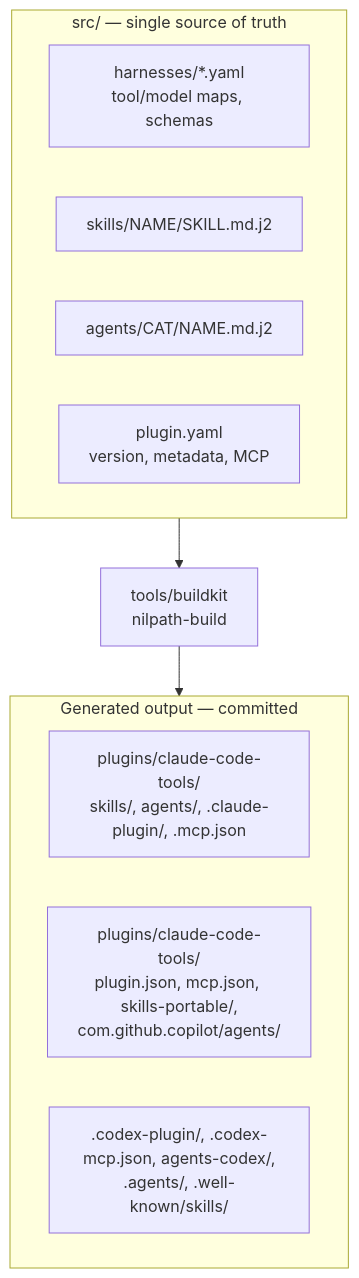
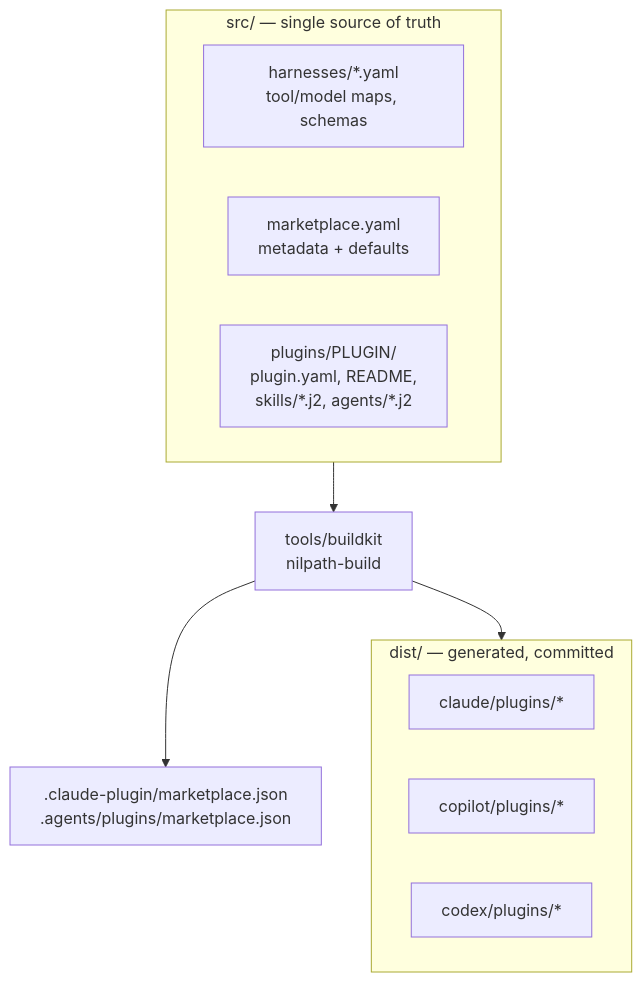
Before and after one commit to nilpath/nilpath-marketplace: the diagram in CLAUDE.md, drawn with Mermaid. The commit also changed other lines of this file and 442 other files, not shown here.

First line of the commit message:
refactor: src/dist separation, 4-plugin split, drop .well-known (0.8.0)

````diff
--- a/CLAUDE.md
+++ b/CLAUDE.md
@@ -16,19 +16,21 @@
 ```mermaid
 flowchart TD
     subgraph SRC[src/ — single source of truth]
         HARNESS[harnesses/*.yaml<br/>tool/model maps, schemas]
-        SKILLS[skills/NAME/SKILL.md.j2]
-        AGENTS[agents/CAT/NAME.md.j2]
-        META[plugin.yaml<br/>version, metadata, MCP]
+        MKT[marketplace.yaml<br/>metadata + defaults]
+        PLUGINS[plugins/PLUGIN/<br/>plugin.yaml, README,<br/>skills/*.j2, agents/*.j2]
     end
 
     BUILD[tools/buildkit<br/>nilpath-build]
 
-    subgraph OUT[Generated output — committed]
-        CLAUDE[plugins/claude-code-tools/<br/>skills/, agents/, .claude-plugin/, .mcp.json]
-        COPILOT[plugins/claude-code-tools/<br/>plugin.json, mcp.json, skills-portable/,<br/>com.github.copilot/agents/]
-        CODEX[.codex-plugin/, .codex-mcp.json, agents-codex/,<br/>.agents/, .well-known/skills/]
+    subgraph DIST[dist/ — generated, committed]
+        CLAUDE[claude/plugins/*]
+        COPILOT[copilot/plugins/*]
+        CODEX[codex/plugins/*]
     end
 
-    SRC --> BUILD --> OUT
+    REG[.claude-plugin/marketplace.json<br/>.agents/plugins/marketplace.json]
+
+    SRC --> BUILD --> DIST
+    BUILD --> REG
 ```
````
